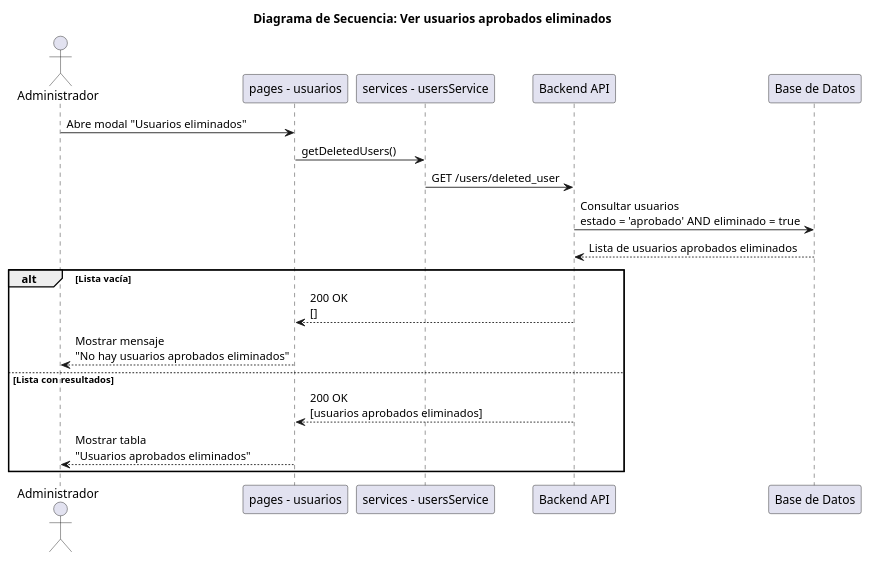
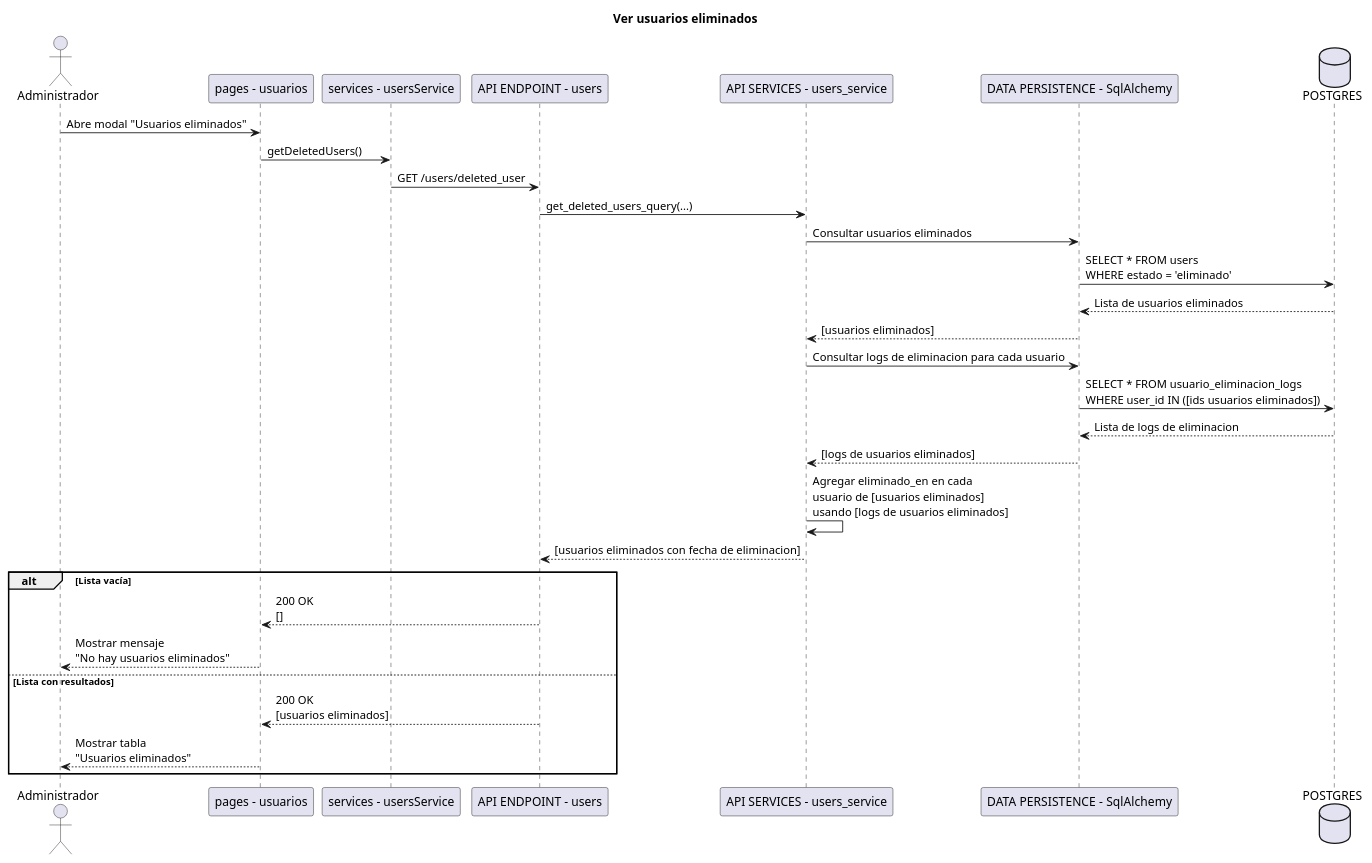
One commit to Niik4466/SolarWeb changed the diagram in docs/diagrama_secuencia/sprint2/HU_6A.wsd. Above: the diagram before and after it, drawn with PlantUML. The commit also changed 1 other file, not shown here.

Commit message:
Agregados diagramas de flujo de: - HU_5A - HU_6A

```diff
--- a/docs/diagrama_secuencia/sprint2/HU_6A.wsd
+++ b/docs/diagrama_secuencia/sprint2/HU_6A.wsd
@@ -1,27 +1,40 @@
 @startuml
-title Diagrama de Secuencia: Ver usuarios aprobados eliminados
+title Ver usuarios eliminados
 
 actor Administrador
 participant UI as "pages - usuarios"
 participant FE_Service as "services - usersService"
-participant BE as "Backend API"
-participant DB as "Base de Datos"
+participant ENDPOINT as "API ENDPOINT - users"
+participant SERVICES as "API SERVICES - users_service"
+participant SQL as "DATA PERSISTENCE - SqlAlchemy"
+database DB as "POSTGRES"
 
 Administrador -> UI : Abre modal "Usuarios eliminados"
 
 UI -> FE_Service : getDeletedUsers()
 
-FE_Service -> BE : GET /users/deleted_user
+FE_Service -> ENDPOINT : GET /users/deleted_user
 
-BE -> DB : Consultar usuarios\nestado = 'aprobado' AND eliminado = true
-DB --> BE : Lista de usuarios aprobados eliminados
+ENDPOINT -> SERVICES : get_deleted_users_query(...)
+SERVICES -> SQL : Consultar usuarios eliminados
+SQL -> DB : SELECT * FROM users\nWHERE estado = 'eliminado'
+DB --> SQL : Lista de usuarios eliminados
+SQL --> SERVICES : [usuarios eliminados]
+
+SERVICES -> SQL : Consultar logs de eliminacion para cada usuario
+SQL -> DB : SELECT * FROM usuario_eliminacion_logs\nWHERE user_id IN ([ids usuarios eliminados])
+DB --> SQL : Lista de logs de eliminacion
+SQL --> SERVICES : [logs de usuarios eliminados]
+SERVICES -> SERVICES: Agregar eliminado_en en cada\nusuario de [usuarios eliminados]\nusando [logs de usuarios eliminados]
+
+SERVICES --> ENDPOINT : [usuarios eliminados con fecha de eliminacion]
 
 alt Lista vacía
-    BE --> UI : 200 OK\n[]
-    UI --> Administrador : Mostrar mensaje\n"No hay usuarios aprobados eliminados"
+    ENDPOINT --> UI : 200 OK\n[]
+    UI --> Administrador : Mostrar mensaje\n"No hay usuarios eliminados"
 else Lista con resultados
-    BE --> UI : 200 OK\n[usuarios aprobados eliminados]
-    UI --> Administrador : Mostrar tabla\n"Usuarios aprobados eliminados"
+    ENDPOINT --> UI : 200 OK\n[usuarios eliminados]
+    UI --> Administrador : Mostrar tabla\n"Usuarios eliminados"
 end
 
 @enduml
```
